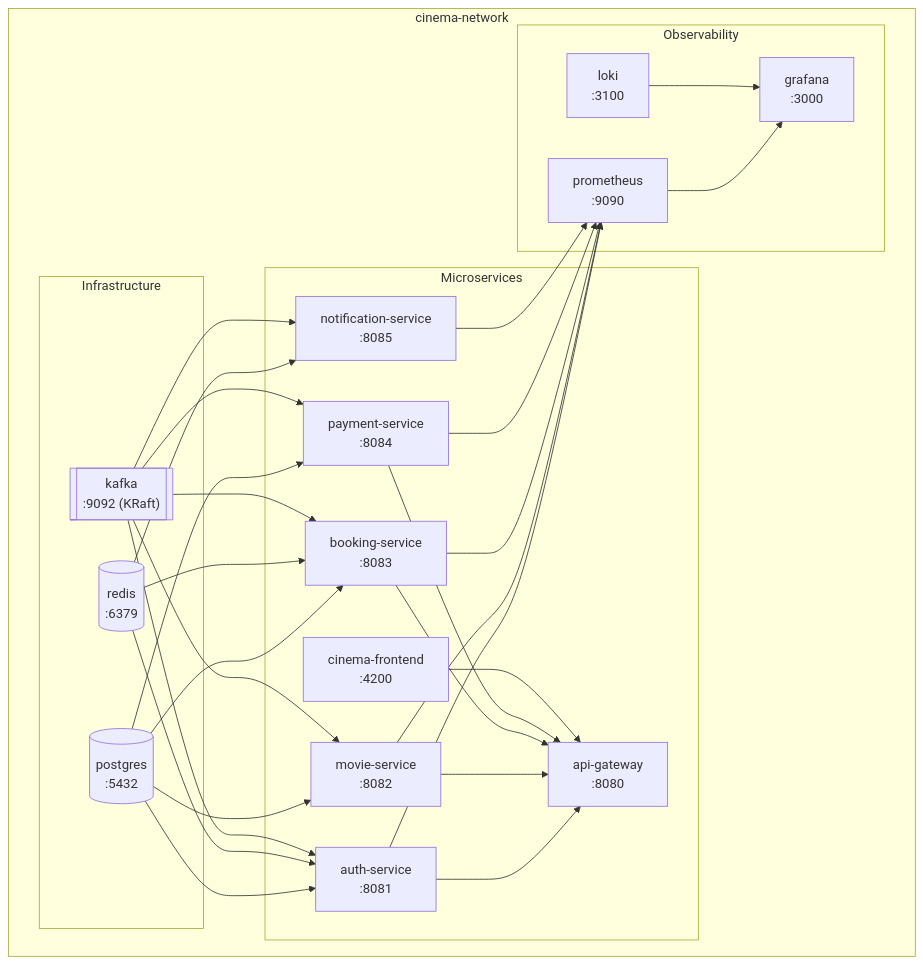
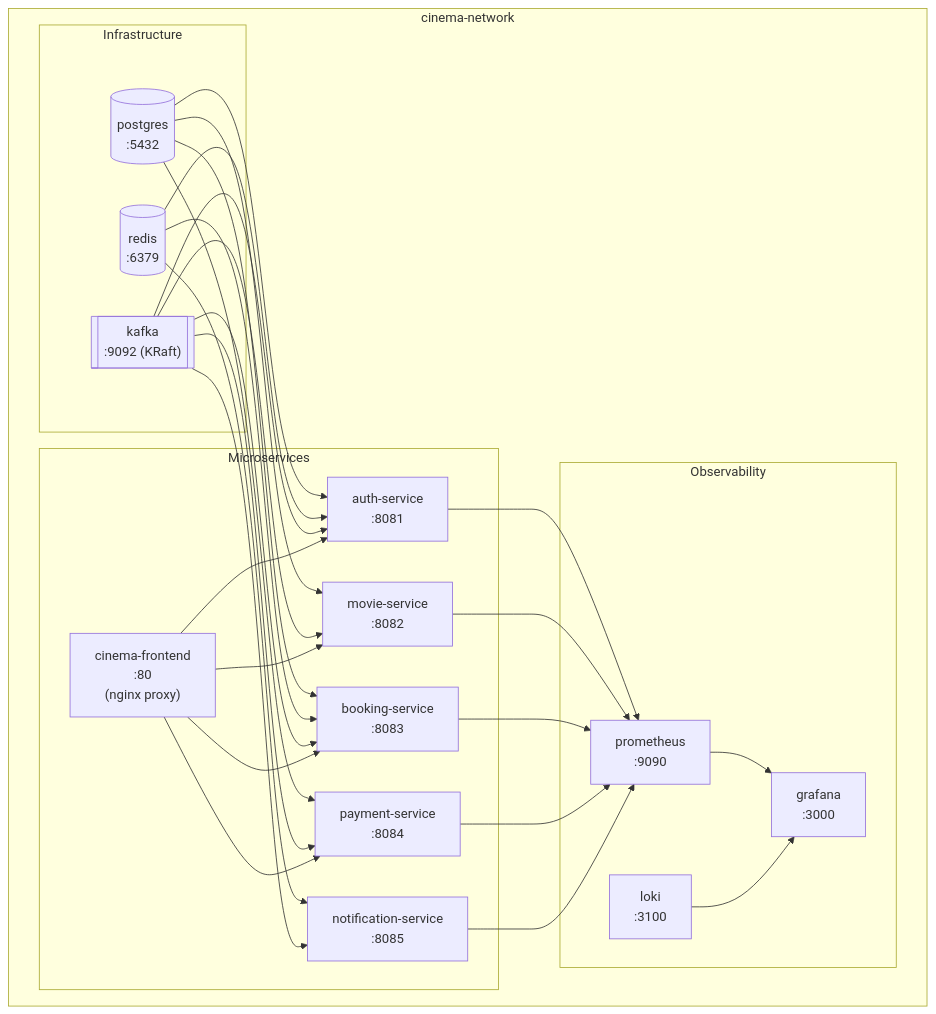
Before and after one commit to namnd0312/ms-cinema: the second of 25 diagrams in docs/system-design-mermaid-diagrams-all-services-flows.md, drawn with Mermaid. The commit also changed other lines of this file and 36 other files, not shown here.

Commit message:
260409-2143-remove-api-gateway-use-k8s-ingress

````diff
--- a/docs/system-design-mermaid-diagrams-all-services-flows.md
+++ b/docs/system-design-mermaid-diagrams-all-services-flows.md
@@ -126,52 +125,50 @@
 ```mermaid
 graph LR
     subgraph cinema-network
         direction LR
         subgraph infra["Infrastructure"]
             PG[("postgres\n:5432")]
             Redis[("redis\n:6379")]
             Kafka[["kafka\n:9092 (KRaft)"]]
         end
 
         subgraph services["Microservices"]
             Auth["auth-service\n:8081"]
             Movie["movie-service\n:8082"]
             Booking["booking-service\n:8083"]
             Payment["payment-service\n:8084"]
             Notif["notification-service\n:8085"]
-            Gateway["api-gateway\n:8080"]
-            Frontend["cinema-frontend\n:4200"]
+            Frontend["cinema-frontend\n:80\n(nginx proxy)"]
         end
 
         subgraph observability["Observability"]
             Prometheus["prometheus\n:9090"]
             Grafana["grafana\n:3000"]
             Loki["loki\n:3100"]
         end
     end
 
     PG --> Auth
     PG --> Movie
     PG --> Booking
     PG --> Payment
     Redis --> Auth
     Redis --> Booking
     Redis --> Notif
     Kafka --> Auth
     Kafka --> Movie
     Kafka --> Booking
     Kafka --> Payment
     Kafka --> Notif
-    Auth --> Gateway
-    Movie --> Gateway
-    Booking --> Gateway
-    Payment --> Gateway
-    Frontend --> Gateway
+    Frontend --> Auth
+    Frontend --> Movie
+    Frontend --> Booking
+    Frontend --> Payment
     Auth --> Prometheus
     Movie --> Prometheus
     Booking --> Prometheus
     Payment --> Prometheus
     Notif --> Prometheus
     Prometheus --> Grafana
     Loki --> Grafana
 ```
````
